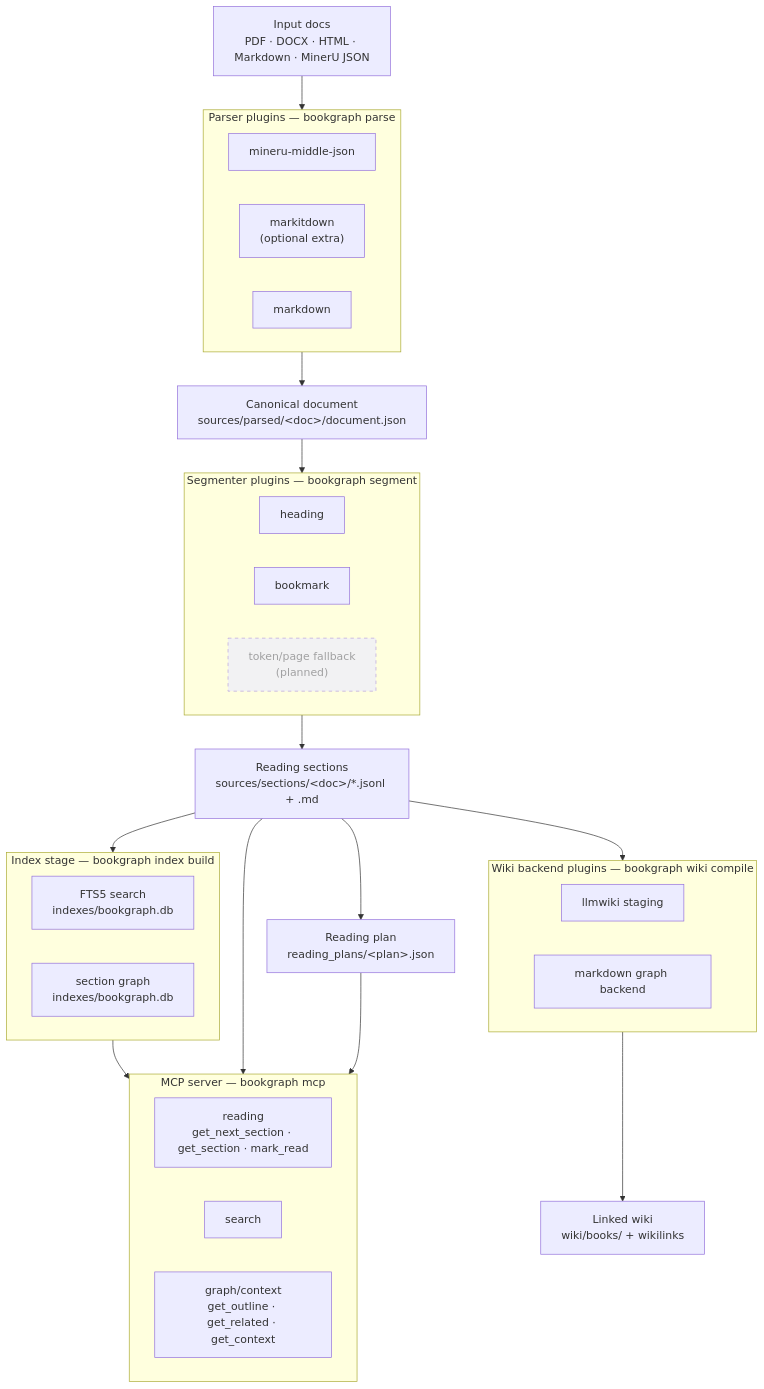
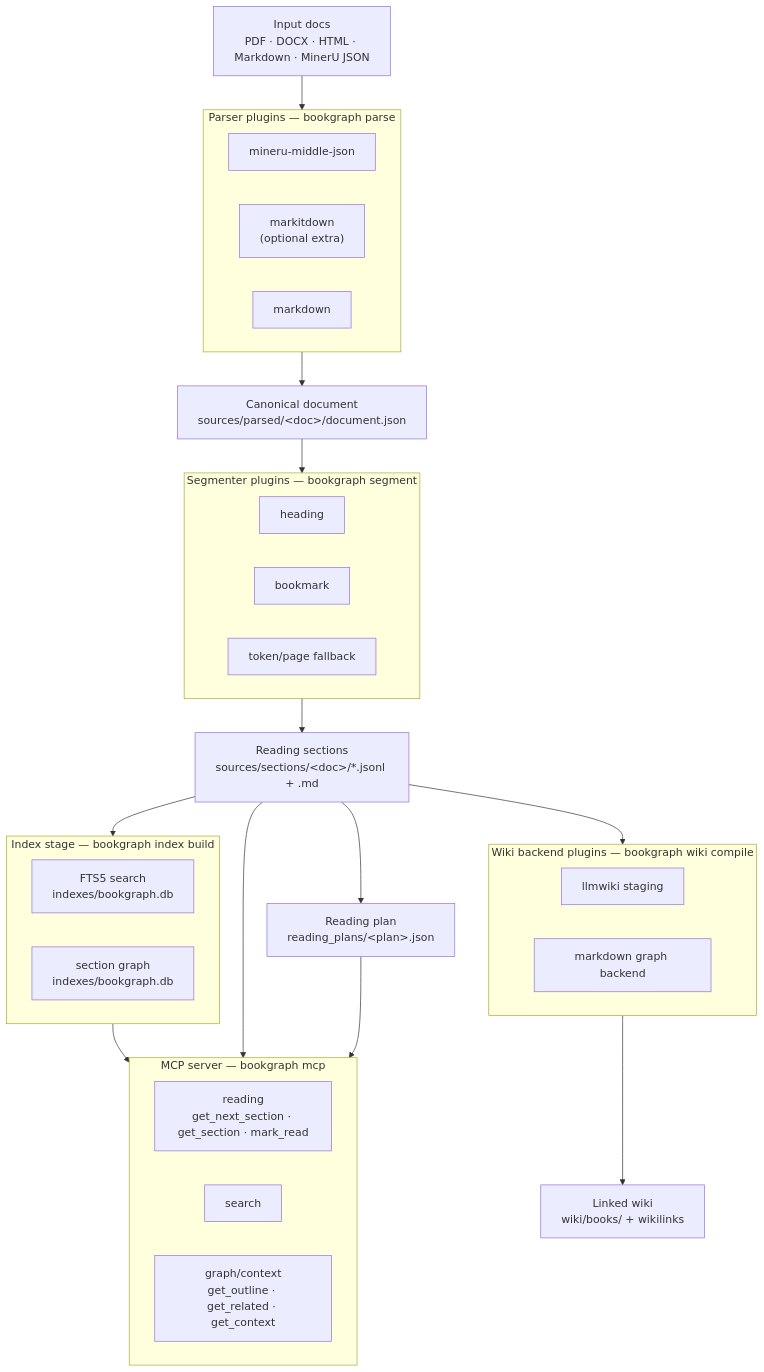
The diagram in README.md (chimeyrock999/bookgraph), drawn with Mermaid before and after one commit. The commit also changed other lines of this file and 8 other files, not shown here.

Commit message:
feat: add token-page fallback segmenter

````diff
--- a/README.md
+++ b/README.md
@@ -16,56 +16,56 @@
 ```mermaid
 flowchart TD
     docs["Input docs<br/>PDF · DOCX · HTML · Markdown · MinerU JSON"]
 
     docs --> P
 
     subgraph P["Parser plugins — bookgraph parse"]
         direction LR
         P1["mineru-middle-json"]
         P2["markitdown<br/>(optional extra)"]
         P3["markdown"]
     end
 
     P --> DOC["Canonical document<br/>sources/parsed/&lt;doc&gt;/document.json"]
     DOC --> S
 
     subgraph S["Segmenter plugins — bookgraph segment"]
         direction LR
         S1["heading"]
         S2["bookmark"]
-        S3["token/page fallback<br/>(planned)"]:::planned
+        S3["token/page fallback"]
     end
 
     S --> SEC["Reading sections<br/>sources/sections/&lt;doc&gt;/*.jsonl + .md"]
 
     SEC --> IDX
     SEC --> RP["Reading plan<br/>reading_plans/&lt;plan&gt;.json"]
     SEC --> W
 
     subgraph IDX["Index stage — bookgraph index build"]
         direction LR
         IDX1["FTS5 search<br/>indexes/bookgraph.db"]
         IDX2["section graph<br/>indexes/bookgraph.db"]
     end
 
     subgraph W["Wiki backend plugins — bookgraph wiki compile"]
         direction LR
         W1["llmwiki staging"]
         W2["markdown graph backend"]
     end
 
     W --> WIKI["Linked wiki<br/>wiki/books/ + wikilinks"]
 
     IDX --> MCP
     SEC --> MCP
     RP --> MCP
 
     subgraph MCP["MCP server — bookgraph mcp"]
         direction LR
         MCP1["reading<br/>get_next_section · get_section · mark_read"]
         MCP2["search"]
         MCP3["graph/context<br/>get_outline · get_related · get_context"]
     end
 
     classDef planned stroke-dasharray:5,opacity:0.65;
 ```
````
